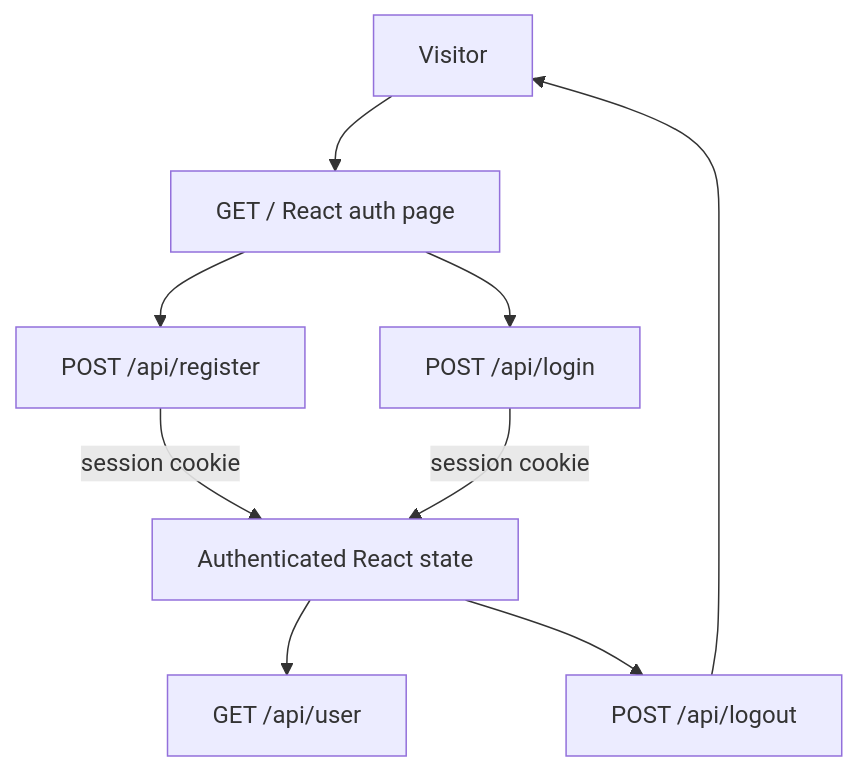
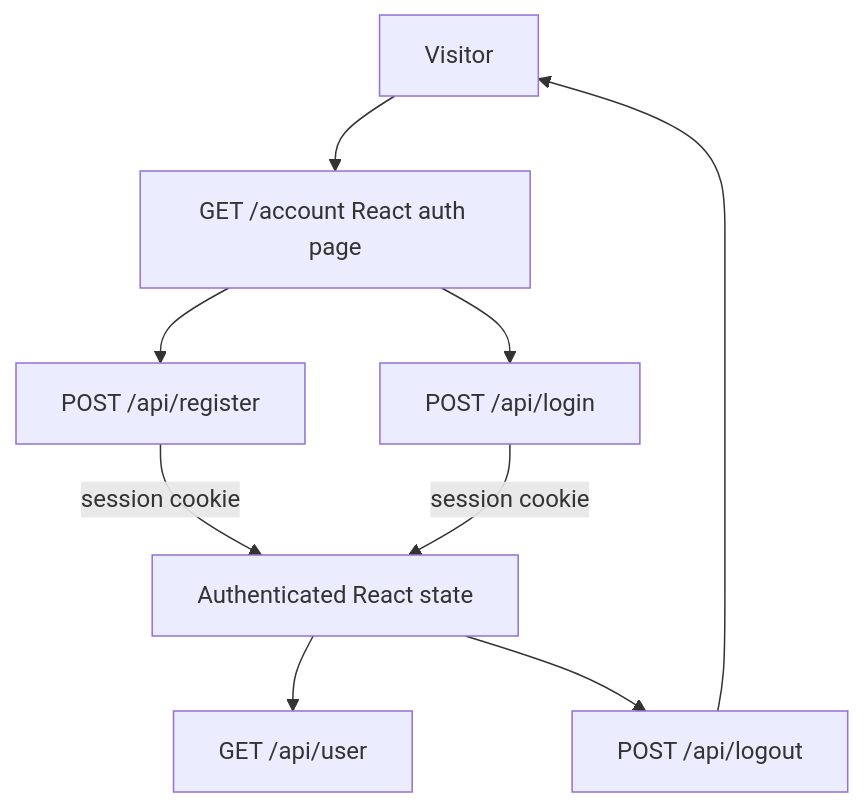
Before and after one commit to artgolwebdev/lara-multi-vendors-shop: the second of 4 diagrams in docs/product/user-flows.md, drawn with Mermaid. The commit also changed other lines of this file and 65 other files, not shown here.

````diff
--- a/docs/product/user-flows.md
+++ b/docs/product/user-flows.md
@@ -5,11 +23,11 @@
 ```mermaid
 flowchart TD
-    Visitor[Visitor] --> Root[GET / React auth page]
-    Root --> Register[POST /api/register]
-    Root --> Login[POST /api/login]
+    Visitor[Visitor] --> Account[GET /account React auth page]
+    Account --> Register[POST /api/register]
+    Account --> Login[POST /api/login]
     Register -->|session cookie| SignedIn[Authenticated React state]
     Login -->|session cookie| SignedIn
     SignedIn --> CurrentUser[GET /api/user]
     SignedIn --> Logout[POST /api/logout]
     Logout --> Visitor
 ```
````
